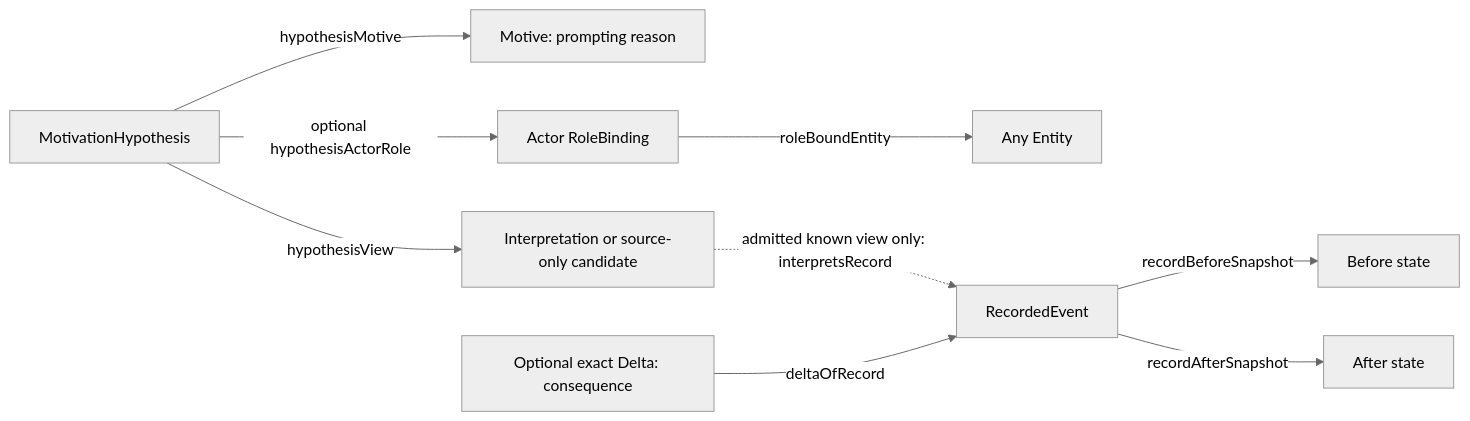
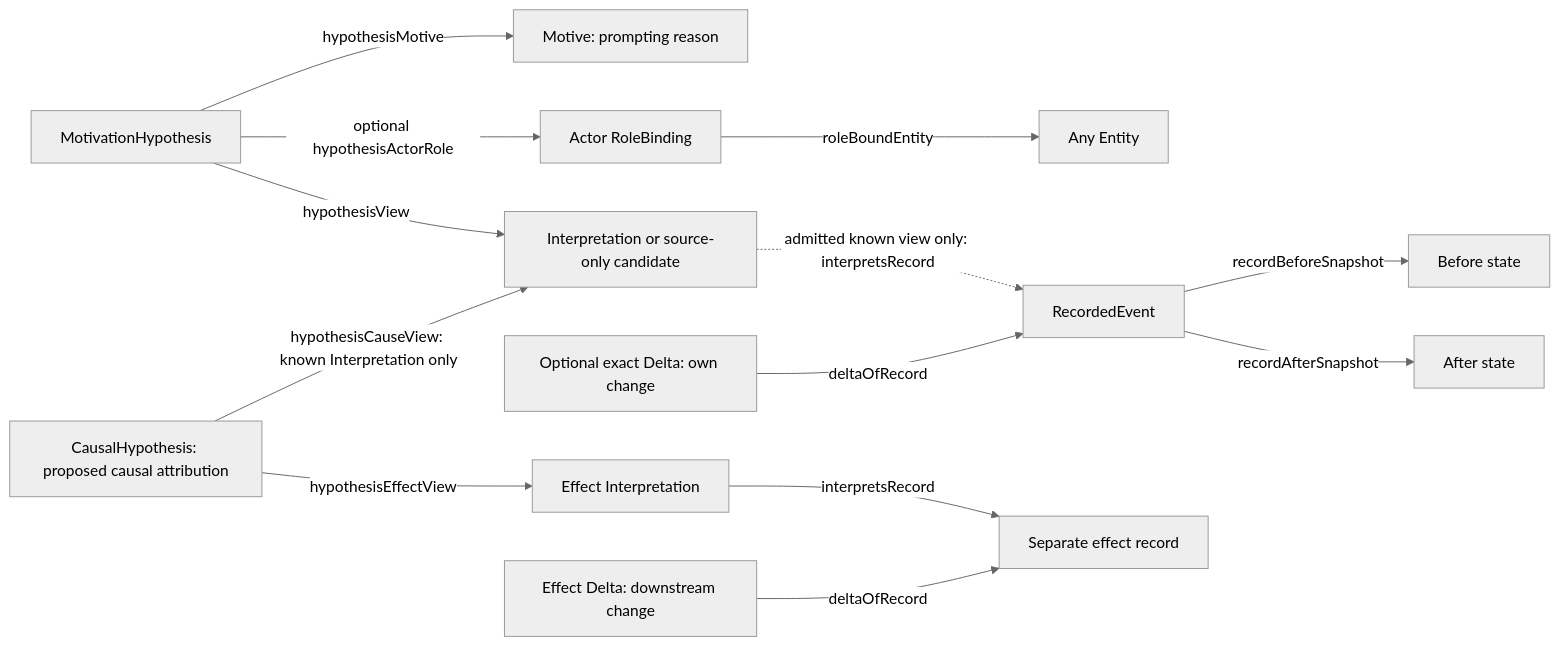
The diagram in SPECS/ontology/packages/motivation-core/README.md (0al-spec/Ontology), drawn with Mermaid (neutral theme) before and after one commit. The commit also changed other lines of this file and 19 other files, not shown here.

Commit message:
Separate omission changes from hypothesized downstream consequences

````diff
--- a/SPECS/ontology/packages/motivation-core/README.md
+++ b/SPECS/ontology/packages/motivation-core/README.md
@@ -45,11 +48,15 @@
 ```mermaid
 flowchart LR
     H[MotivationHypothesis] -->|hypothesisMotive| M[Motive: prompting reason]
     H -->|hypothesisView| V[Interpretation or source-only candidate]
     H -->|optional hypothesisActorRole| R[Actor RoleBinding]
     R -->|roleBoundEntity| A[Any Entity]
     V -. admitted known view only: interpretsRecord .-> E[RecordedEvent]
     E -->|recordBeforeSnapshot| B[Before state]
     E -->|recordAfterSnapshot| F[After state]
-    D[Optional exact Delta: consequence] -->|deltaOfRecord| E
+    D[Optional exact Delta: own change] -->|deltaOfRecord| E
+    C[CausalHypothesis: proposed causal attribution] -->|hypothesisCauseView: known Interpretation only| V
+    C -->|hypothesisEffectView| W[Effect Interpretation]
+    W -->|interpretsRecord| T[Separate effect record]
+    X[Effect Delta: downstream change] -->|deltaOfRecord| T
 ```
````
